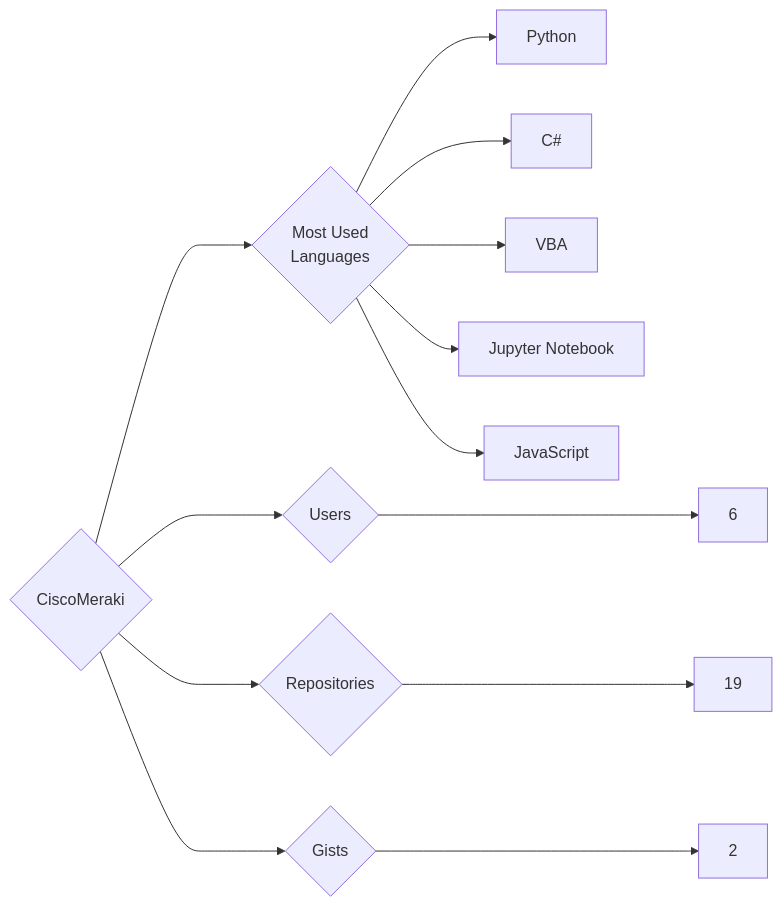
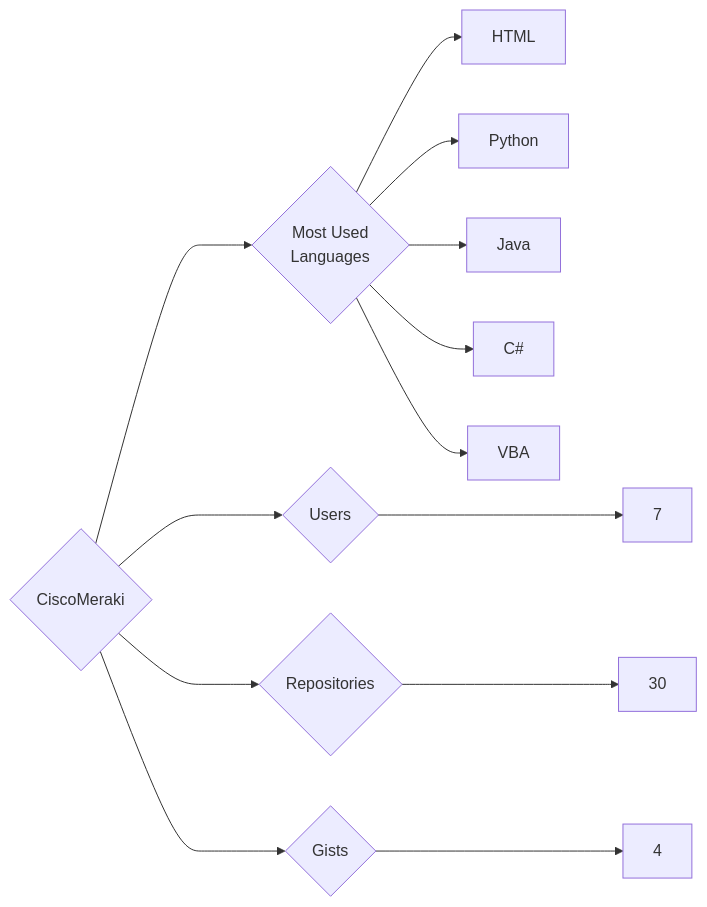
Before and after one commit to trickest/insiders: the diagram in targets/CiscoMeraki/README.md, drawn with Mermaid. The commit also changed 859 other files, not shown here.

````diff
--- a/targets/CiscoMeraki/README.md
+++ b/targets/CiscoMeraki/README.md
@@ -3,13 +3,13 @@
 ```mermaid
 graph LR
 COMPANY_NAME{CiscoMeraki}
-COMPANY_NAME ---> U{Users} ---> UN[6]
-COMPANY_NAME ---> R{Repositories} ---> RN[19]
-COMPANY_NAME ---> G{Gists} ---> GN[2]
+COMPANY_NAME ---> U{Users} ---> UN[7]
+COMPANY_NAME ---> R{Repositories} ---> RN[30]
+COMPANY_NAME ---> G{Gists} ---> GN[4]
 COMPANY_NAME ---> ML{Most Used<br>Languages}
+ML --> HTML[HTML]
 ML --> Python[Python]
+ML --> Java[Java]
 ML --> C#[C#]
 ML --> VBA[VBA]
-ML --> Jupyter_Notebook[Jupyter Notebook]
-ML --> JavaScript[JavaScript]
 ```
````
